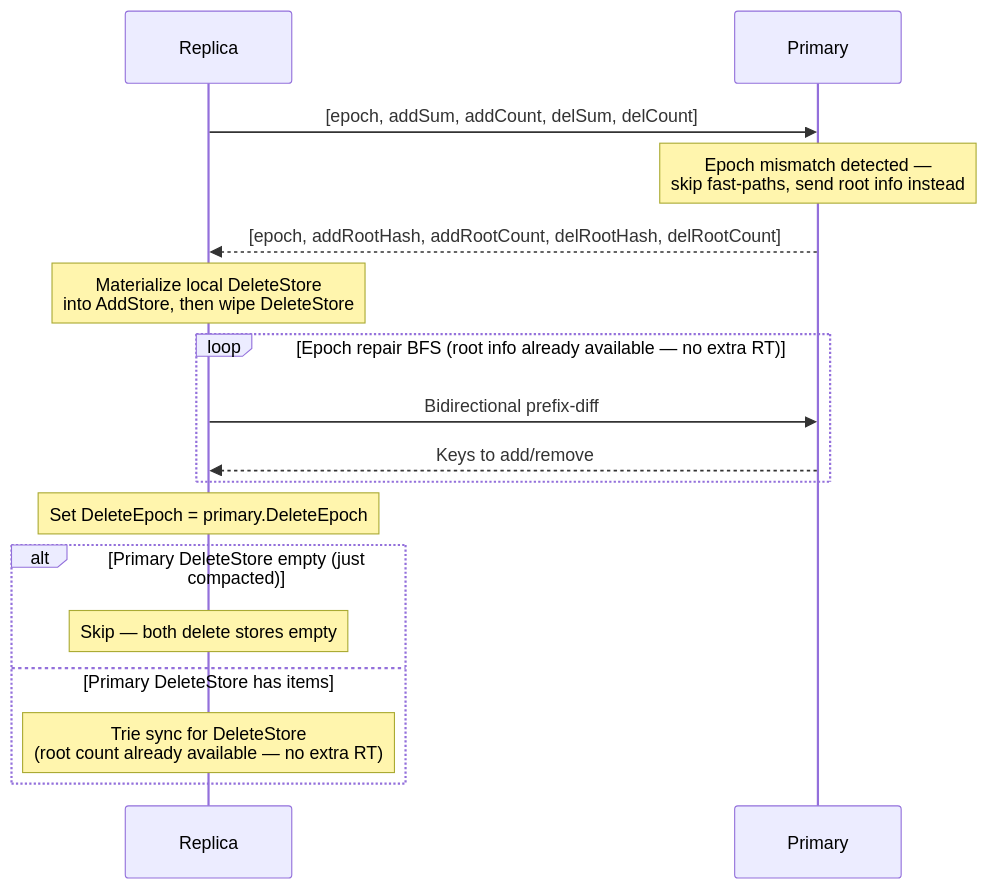
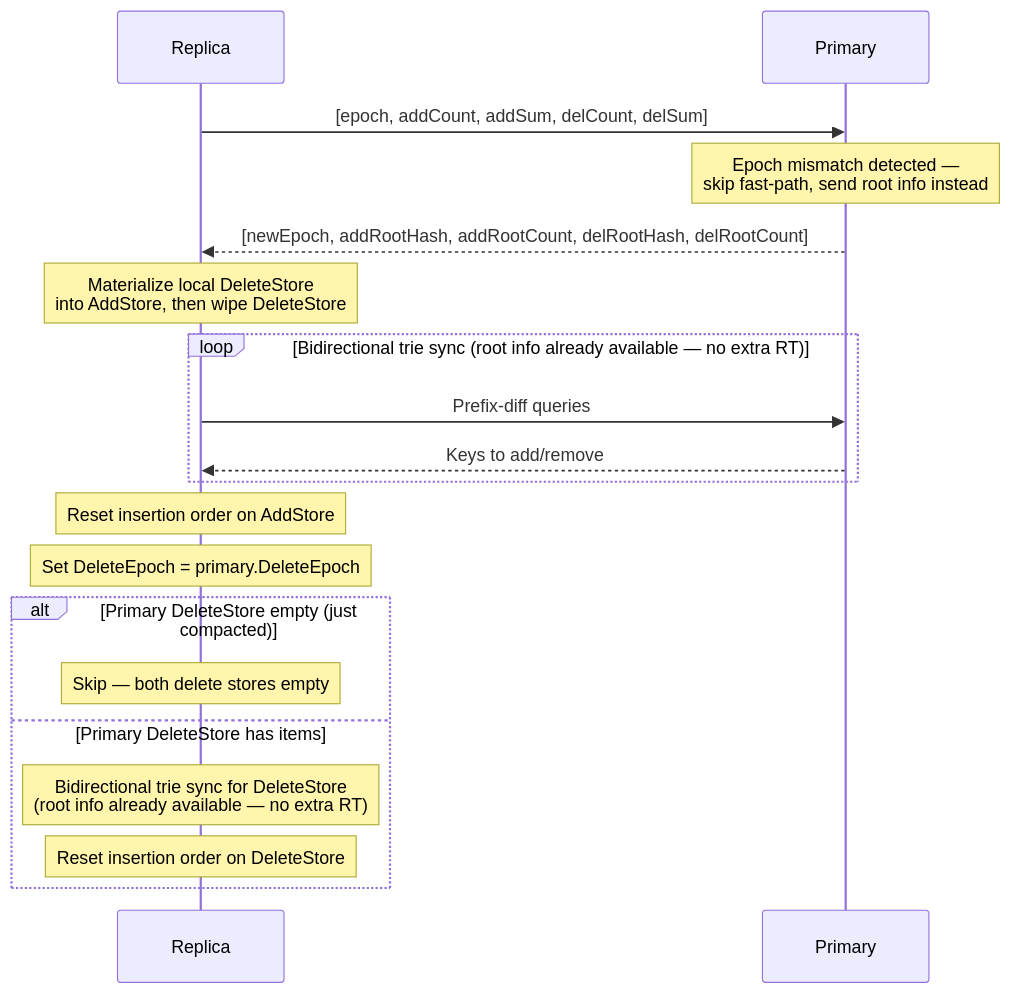
Before and after one commit to arj03/setsum-cs: the eighth of 8 diagrams in SetSum/Sync/README.md, drawn with Mermaid. The commit also changed other lines of this file and 10 other files, not shown here.

````diff
--- a/SetSum/Sync/README.md
+++ b/SetSum/Sync/README.md
@@ -307,24 +332,26 @@
 ```mermaid
 sequenceDiagram
     participant R as Replica
     participant P as Primary
 
-    R->>P: [epoch, addSum, addCount, delSum, delCount]
-    Note over P: Epoch mismatch detected —<br/>skip fast-paths, send root info instead
-    P-->>R: [epoch, addRootHash, addRootCount, delRootHash, delRootCount]
+    R->>P: [epoch, addCount, addSum, delCount, delSum]
+    Note over P: Epoch mismatch detected —<br/>skip fast-path, send root info instead
+    P-->>R: [newEpoch, addRootHash, addRootCount, delRootHash, delRootCount]
 
     Note over R: Materialize local DeleteStore<br/>into AddStore, then wipe DeleteStore
 
-    loop Epoch repair BFS (root info already available — no extra RT)
-        R->>P: Bidirectional prefix-diff
+    loop Bidirectional trie sync (root info already available — no extra RT)
+        R->>P: Prefix-diff queries
         P-->>R: Keys to add/remove
     end
 
+    Note over R: Reset insertion order on AddStore
     Note over R: Set DeleteEpoch = primary.DeleteEpoch
 
     alt Primary DeleteStore empty (just compacted)
         Note over R: Skip — both delete stores empty
     else Primary DeleteStore has items
-        Note over R: Trie sync for DeleteStore<br/>(root count already available — no extra RT)
+        Note over R: Bidirectional trie sync for DeleteStore<br/>(root info already available — no extra RT)
+        Note over R: Reset insertion order on DeleteStore
     end
 ```
````
